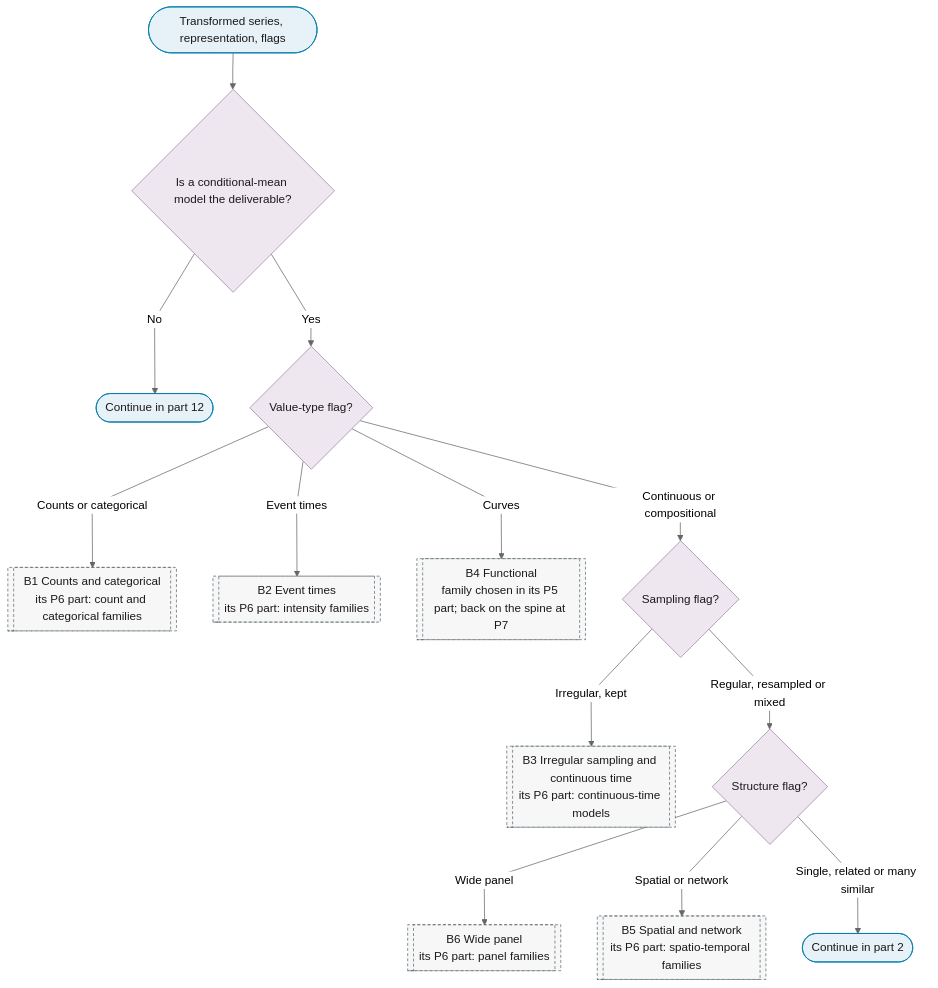
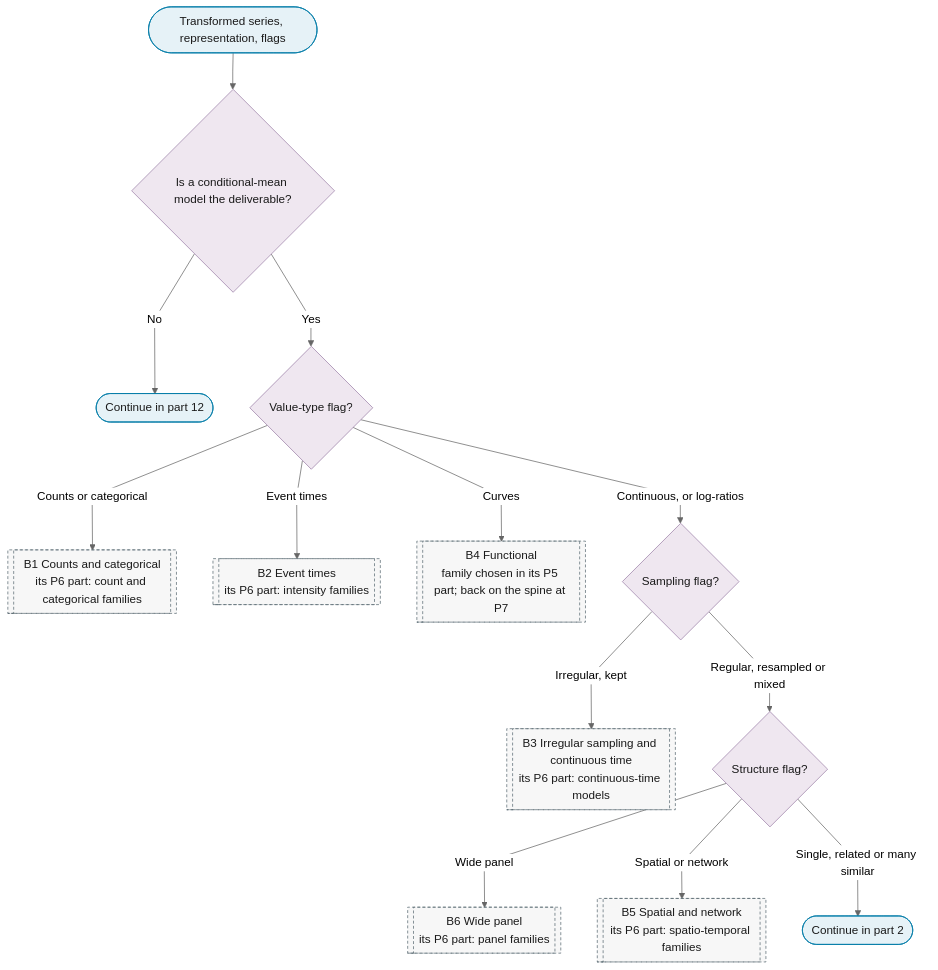
One commit to Shuxin-Y/time-series-analysis-manual changed the first of 12 diagrams in docs/01-workflow/p06-mean-model-class.md. Above: the diagram before and after it, drawn with Mermaid (neutral theme). The commit also changed 12 other files, not shown here.

````diff
--- a/docs/01-workflow/p06-mean-model-class.md
+++ b/docs/01-workflow/p06-mean-model-class.md
@@ -11,27 +11,27 @@
 ```mermaid
 %%{init: {"flowchart": {"curve": "linear"}}}%%
 graph TD
     P6_IN(["Transformed series, representation, flags"]) --> P6_MODEL_NEEDED{"Is a conditional-mean model the deliverable?"}
     P6_MODEL_NEEDED -->|"No"| P6_TO_PART_12(["Continue in part 12"])
     P6_MODEL_NEEDED -->|"Yes"| P6_VALUE_TYPE{"Value-type flag?"}
     P6_VALUE_TYPE -->|"Counts or categorical"| B1[["B1 Counts and categorical<br/>its P6 part: count and categorical families"]]
     P6_VALUE_TYPE -->|"Event times"| B2[["B2 Event times<br/>its P6 part: intensity families"]]
     P6_VALUE_TYPE -->|"Curves"| B4[["B4 Functional<br/>family chosen in its P5 part; back on the spine at P7"]]
-    P6_VALUE_TYPE -->|"Continuous or compositional"| P6_SAMPLING{"Sampling flag?"}
+    P6_VALUE_TYPE -->|"Continuous, or log-ratios"| P6_SAMPLING{"Sampling flag?"}
     P6_SAMPLING -->|"Irregular, kept"| B3[["B3 Irregular sampling and continuous time<br/>its P6 part: continuous-time models"]]
     P6_SAMPLING -->|"Regular, resampled or mixed"| P6_PANEL_Q{"Structure flag?"}
     P6_PANEL_Q -->|"Wide panel"| B6[["B6 Wide panel<br/>its P6 part: panel families"]]
     P6_PANEL_Q -->|"Spatial or network"| B5[["B5 Spatial and network<br/>its P6 part: spatio-temporal families"]]
     P6_PANEL_Q -->|"Single, related or many similar"| P6_TO_PART_2(["Continue in part 2"])
     class P6_IN,P6_TO_PART_12,P6_TO_PART_2 terminator
     class P6_MODEL_NEEDED,P6_VALUE_TYPE,P6_SAMPLING,P6_PANEL_Q decision
     class B1,B2,B4,B3,B6,B5 ref
     classDef terminator fill:#E6F2F7,stroke:#007BA7,color:#1A1A1A;
     classDef process fill:#FFFFFF,stroke:#5A6B73,color:#1A1A1A;
     classDef decision fill:#EFE7F0,stroke:#9B7FA7,color:#1A1A1A;
     classDef data fill:#FFF4E0,stroke:#C9A55E,color:#1A1A1A;
     classDef good fill:#DCEFD8,stroke:#4A7A3F,color:#1A1A1A;
     classDef escalate fill:#FFE9C2,stroke:#C9A55E,color:#1A1A1A;
     classDef problem fill:#F2D9DE,stroke:#800020,color:#1A1A1A;
     classDef ref fill:#F7F7F7,stroke:#5A6B73,color:#1A1A1A,stroke-dasharray:4 3;
 ```
````
